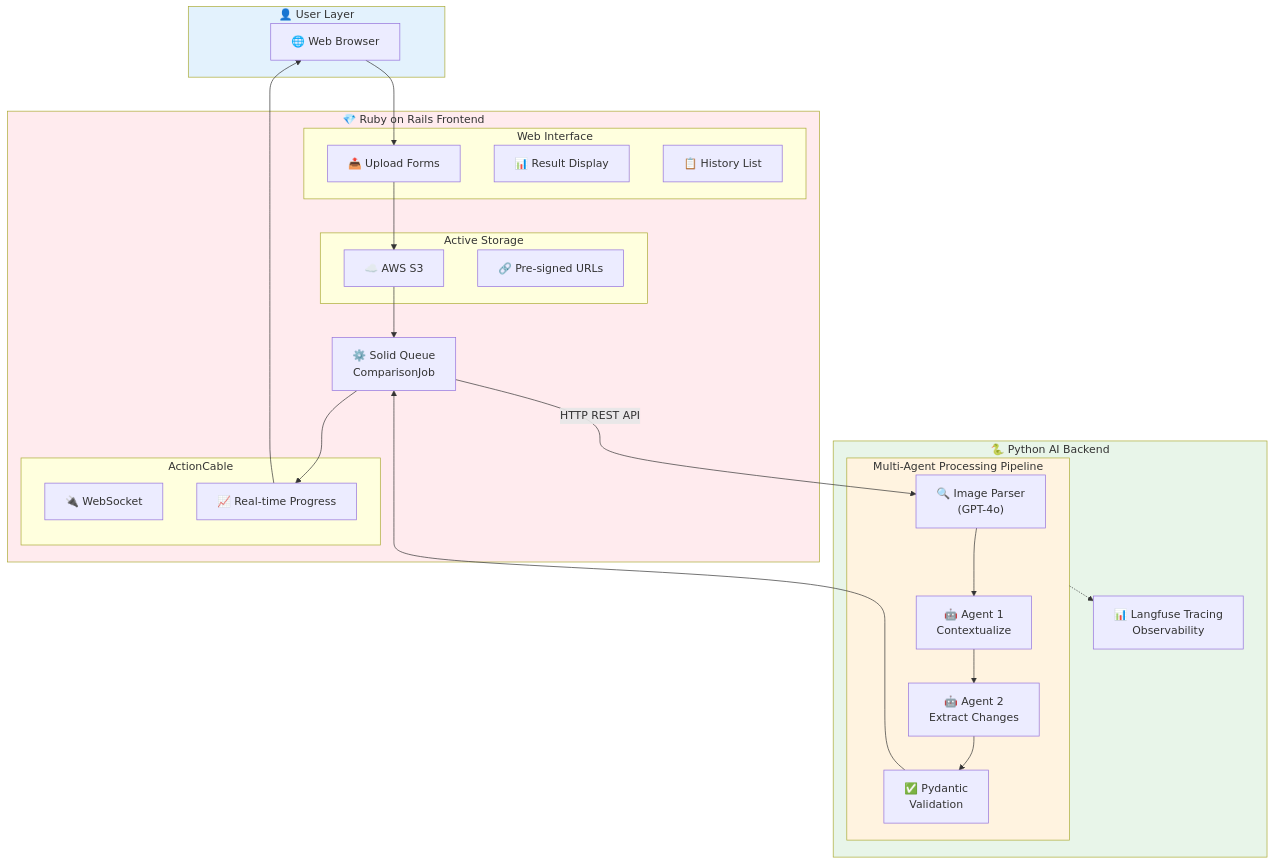
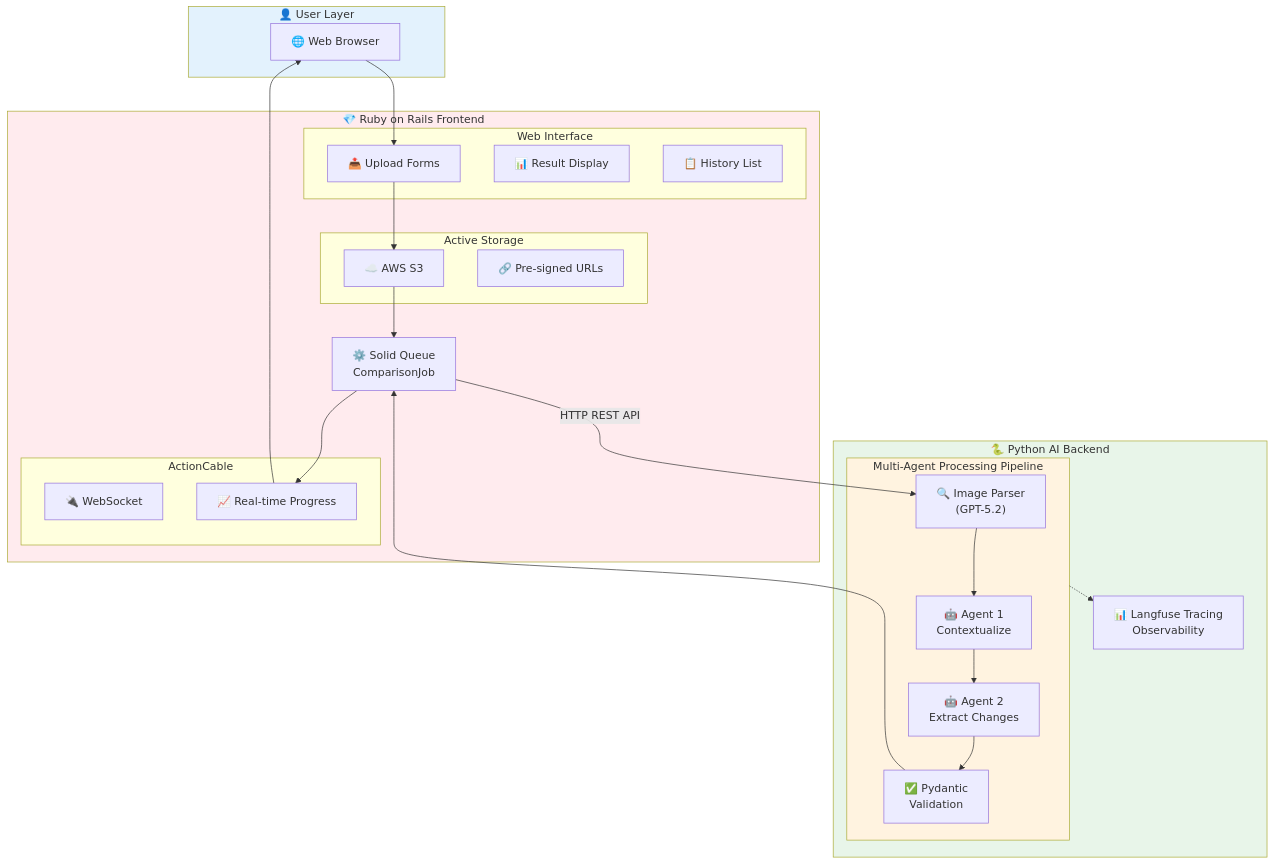
The first of 3 diagrams in README.md (luizcg/henry-task-04), drawn with Mermaid before and after one commit. The commit also changed other lines of this file and 1 other file, not shown here.

Commit message:
docs: update model references from GPT-4o to GPT-5.2

````diff
--- a/README.md
+++ b/README.md
@@ -40,54 +40,54 @@
 ```mermaid
 flowchart TB
     subgraph User["👤 User Layer"]
         Browser["🌐 Web Browser"]
     end
 
     subgraph Rails["💎 Ruby on Rails Frontend"]
         subgraph Web["Web Interface"]
             Upload["📤 Upload Forms"]
             Display["📊 Result Display"]
             History["📋 History List"]
         end
         
         subgraph Storage["Active Storage"]
             S3["☁️ AWS S3"]
             URLs["🔗 Pre-signed URLs"]
         end
         
         subgraph Realtime["ActionCable"]
             WS["🔌 WebSocket"]
             Progress["📈 Real-time Progress"]
         end
         
         Queue["⚙️ Solid Queue<br/>ComparisonJob"]
     end
 
     subgraph Python["🐍 Python AI Backend"]
         subgraph Pipeline["Multi-Agent Processing Pipeline"]
-            Parser["🔍 Image Parser<br/>(GPT-4o)"]
+            Parser["🔍 Image Parser<br/>(GPT-5.2)"]
             Agent1["🤖 Agent 1<br/>Contextualize"]
             Agent2["🤖 Agent 2<br/>Extract Changes"]
             Validator["✅ Pydantic<br/>Validation"]
         end
         
         Langfuse["📊 Langfuse Tracing<br/>Observability"]
     end
 
     Browser --> Upload
     Upload --> S3
     S3 --> Queue
     Queue -->|"HTTP REST API"| Parser
     Parser --> Agent1
     Agent1 --> Agent2
     Agent2 --> Validator
     Validator --> Queue
     Queue --> Progress
     Progress --> Browser
     Pipeline -.-> Langfuse
 
     style User fill:#e3f2fd
     style Rails fill:#ffebee
     style Python fill:#e8f5e9
     style Pipeline fill:#fff3e0
 ```
````
